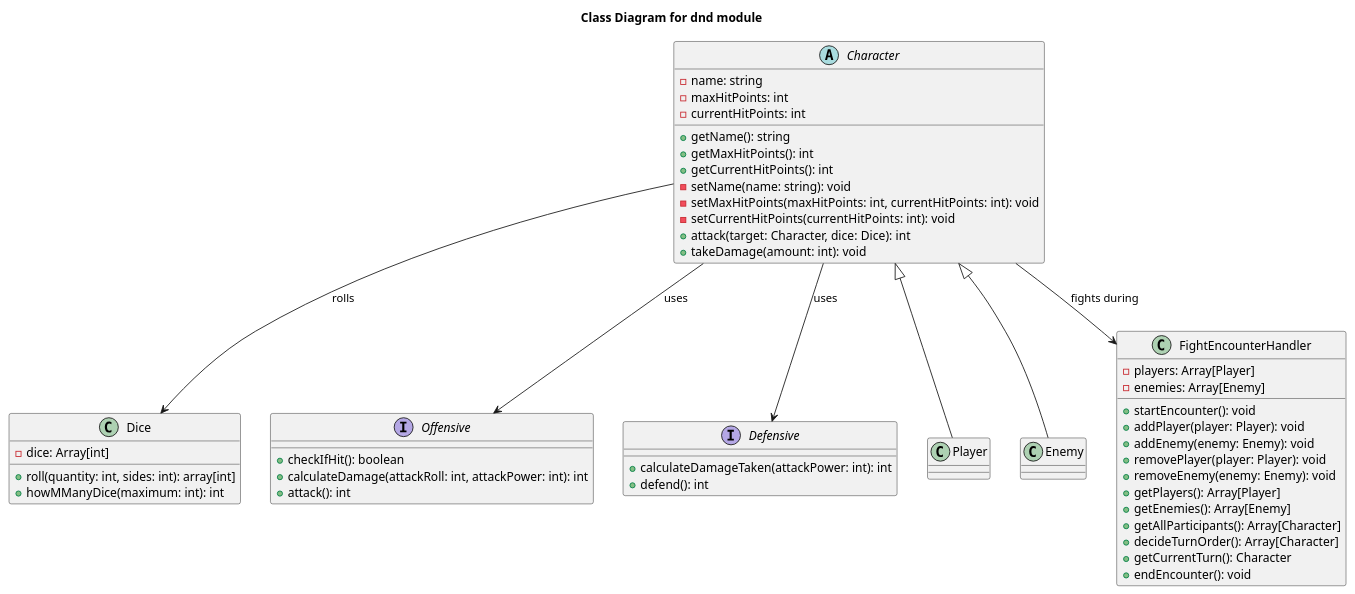
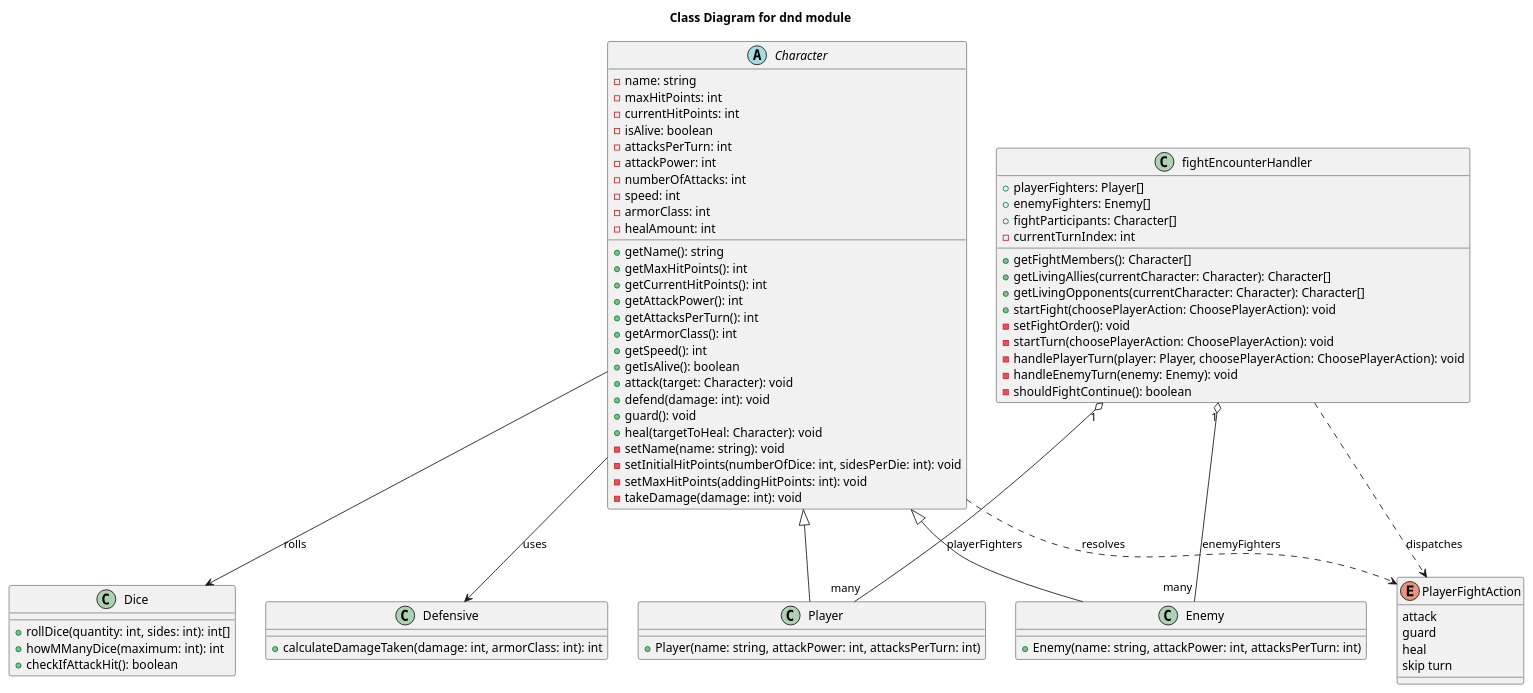
Before and after one commit to MrNegnar/DnDModule: the diagram in diagrams/classDiagram.puml, drawn with PlantUML.

Commit message:
Ai update to class diagram (havent checked it yet).

```diff
--- a/diagrams/classDiagram.puml
+++ b/diagrams/classDiagram.puml
@@ -1,64 +1,81 @@
 @startuml classDiagram
 Title Class Diagram for dnd module
 
 class Dice {
-  -dice: Array[int]
-  +roll(quantity: int, sides: int): array[int]
+  +rollDice(quantity: int, sides: int): int[]
   +howMManyDice(maximum: int): int
+  +checkIfAttackHit(): boolean
 }
 
-Interface Offensive {
-  +checkIfHit(): boolean
-  +calculateDamage(attackRoll: int, attackPower: int): int
-  +attack(): int
-}
-
-Interface Defensive {
-  +calculateDamageTaken(attackPower: int): int
-  +defend(): int
+class Defensive {
+  +calculateDamageTaken(damage: int, armorClass: int): int
 }
 
 abstract class Character {
   -name: string
   -maxHitPoints: int
   -currentHitPoints: int
+  -isAlive: boolean
+  -attacksPerTurn: int
+  -attackPower: int
+  -numberOfAttacks: int
+  -speed: int
+  -armorClass: int
+  -healAmount: int
   +getName(): string
   +getMaxHitPoints(): int
   +getCurrentHitPoints(): int
+  +getAttackPower(): int
+  +getAttacksPerTurn(): int
+  +getArmorClass(): int
+  +getSpeed(): int
+  +getIsAlive(): boolean
+  +attack(target: Character): void
+  +defend(damage: int): void
+  +guard(): void
+  +heal(targetToHeal: Character): void
   -setName(name: string): void
-  -setMaxHitPoints(maxHitPoints: int, currentHitPoints: int): void
-  -setCurrentHitPoints(currentHitPoints: int): void
-  +attack(target: Character, dice: Dice): int
-  +takeDamage(amount: int): void
+  -setInitialHitPoints(numberOfDice: int, sidesPerDie: int): void
+  -setMaxHitPoints(addingHitPoints: int): void
+  -takeDamage(damage: int): void
 }
 
 class Player extends Character {
-
+  +Player(name: string, attackPower: int, attacksPerTurn: int)
 }
 
 class Enemy extends Character {
-
+  +Enemy(name: string, attackPower: int, attacksPerTurn: int)
 }
 
-class FightEncounterHandler {
-  -players: Array[Player]
-  -enemies: Array[Enemy]
-  +startEncounter(): void
-  +addPlayer(player: Player): void
-  +addEnemy(enemy: Enemy): void
-  +removePlayer(player: Player): void
-  +removeEnemy(enemy: Enemy): void
-  +getPlayers(): Array[Player]
-  +getEnemies(): Array[Enemy]
-  +getAllParticipants(): Array[Character]
-  +decideTurnOrder(): Array[Character]
-  +getCurrentTurn(): Character
-  +endEncounter(): void
+enum PlayerFightAction {
+  attack
+  guard
+  heal
+  skip turn
+}
+
+class fightEncounterHandler {
+  +playerFighters: Player[]
+  +enemyFighters: Enemy[]
+  +fightParticipants: Character[]
+  -currentTurnIndex: int
+  +getFightMembers(): Character[]
+  +getLivingAllies(currentCharacter: Character): Character[]
+  +getLivingOpponents(currentCharacter: Character): Character[]
+  +startFight(choosePlayerAction: ChoosePlayerAction): void
+  -setFightOrder(): void
+  -startTurn(choosePlayerAction: ChoosePlayerAction): void
+  -handlePlayerTurn(player: Player, choosePlayerAction: ChoosePlayerAction): void
+  -handleEnemyTurn(enemy: Enemy): void
+  -shouldFightContinue(): boolean
 }
 
 Character --> Dice : rolls
-Character --> Offensive : uses
 Character --> Defensive : uses
-Character -->FightEncounterHandler : fights during
+Character ..> PlayerFightAction : resolves
+fightEncounterHandler "1" o-- "many" Player : playerFighters
+fightEncounterHandler "1" o-- "many" Enemy : enemyFighters
+fightEncounterHandler ..> PlayerFightAction : dispatches
 
 @enduml
```
